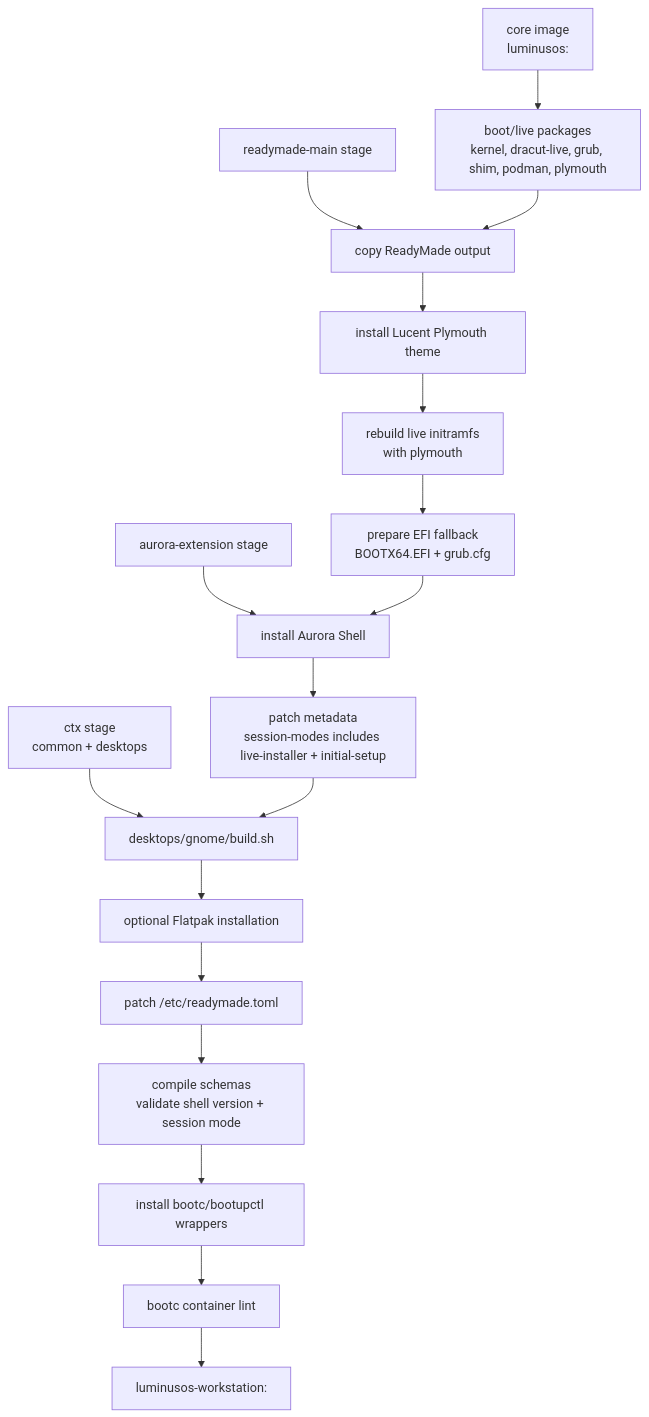
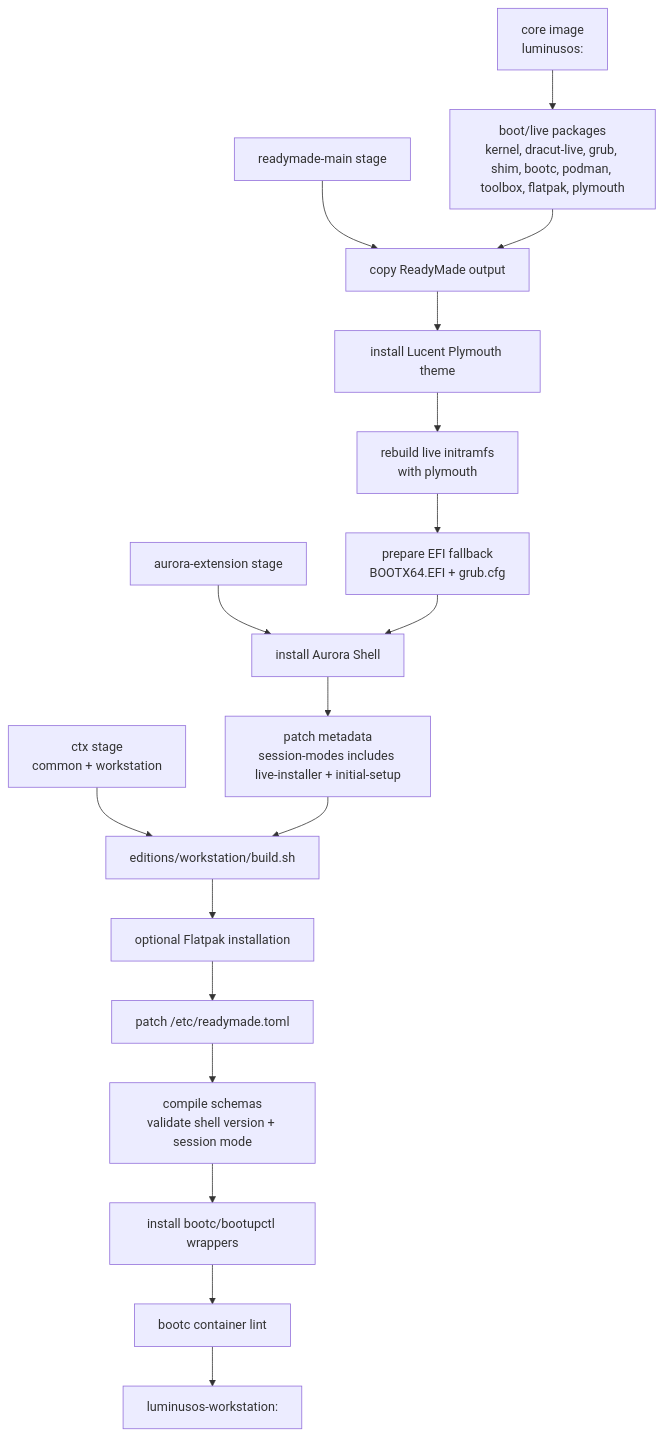
Before and after one commit to luminusOS/images: the fourth of 15 diagrams in ARCHITECTURE.md, drawn with Mermaid. The commit also changed other lines of this file and 50 other files, not shown here.

Commit message:
refactor: flatten desktops/gnome/ into editions/workstation/

````diff
--- a/ARCHITECTURE.md
+++ b/ARCHITECTURE.md
@@ -203,27 +202,27 @@
 ```mermaid
 flowchart TD
-    Ctx["ctx stage<br/>common + desktops"]
+    Ctx["ctx stage<br/>common + workstation"]
     AuroraStage["aurora-extension stage"]
     ReadyMadeStage["readymade-main stage"]
     CoreImage["core image<br/>luminusos:<tag>"]
-    BootPkgs["boot/live packages<br/>kernel, dracut-live, grub, shim, podman, plymouth"]
+    BootPkgs["boot/live packages<br/>kernel, dracut-live, grub, shim, bootc, podman, toolbox, flatpak, plymouth"]
     CopyReadyMade["copy ReadyMade output"]
     Plymouth["install Lucent Plymouth theme"]
     Dracut["rebuild live initramfs<br/>with plymouth"]
     EFI["prepare EFI fallback<br/>BOOTX64.EFI + grub.cfg"]
     CopyAurora["install Aurora Shell"]
     PatchAurora["patch metadata<br/>session-modes includes live-installer + initial-setup"]
-    GnomeBuild["desktops/gnome/build.sh"]
+    GnomeBuild["editions/workstation/build.sh"]
     Flatpaks["optional Flatpak installation"]
     ReadyMadeConfig["patch /etc/readymade.toml"]
     ValidateAurora["compile schemas<br/>validate shell version + session mode"]
     Wrappers["install bootc/bootupctl wrappers"]
     Lint["bootc container lint"]
     Output["luminusos-workstation:<tag>"]
 
     Ctx --> GnomeBuild
     AuroraStage --> CopyAurora
     ReadyMadeStage --> CopyReadyMade
     CoreImage --> BootPkgs --> CopyReadyMade --> Plymouth --> Dracut --> EFI --> CopyAurora --> PatchAurora --> GnomeBuild
     GnomeBuild --> Flatpaks --> ReadyMadeConfig --> ValidateAurora --> Wrappers --> Lint --> Output
 ```
````
